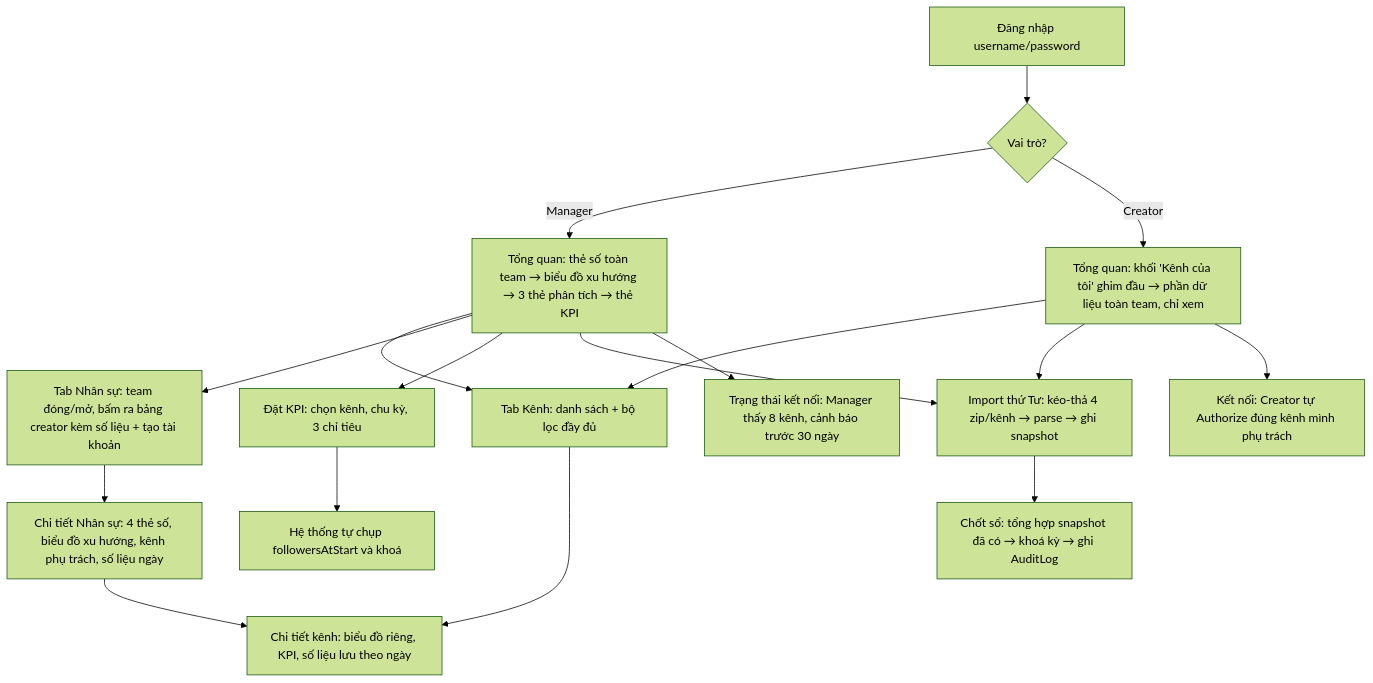
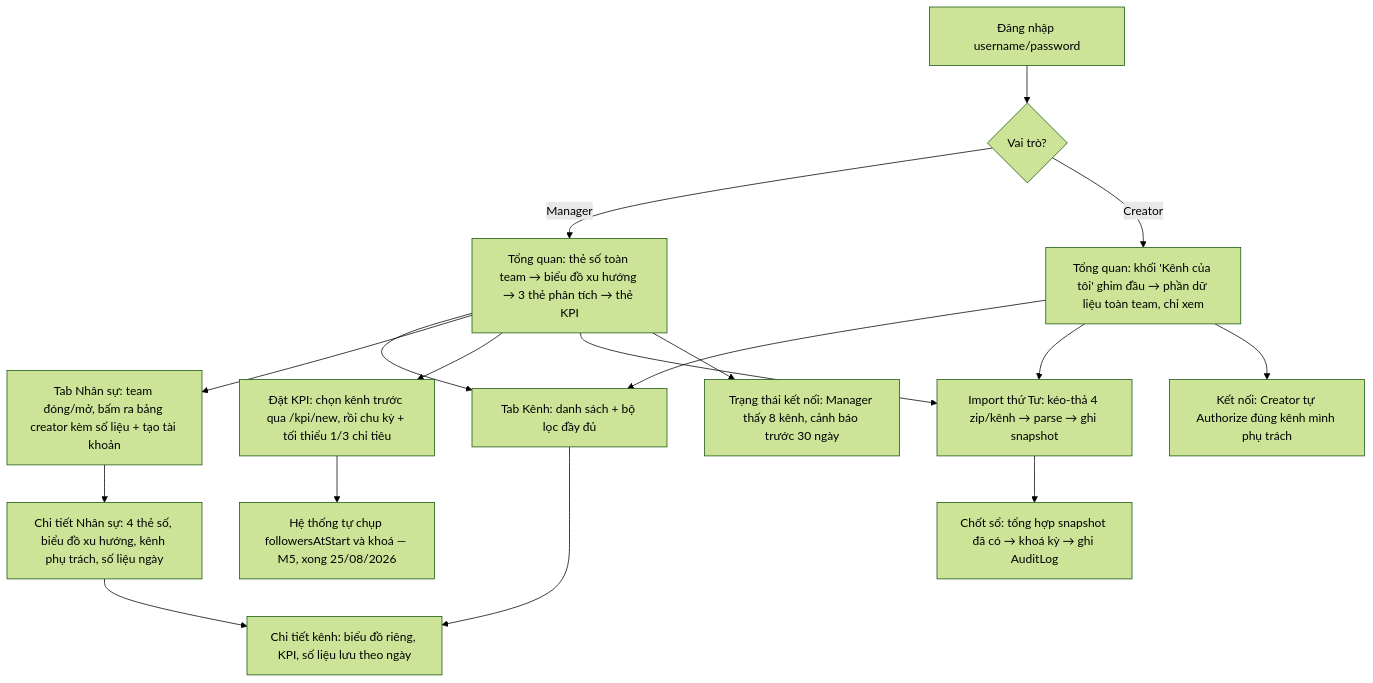
One commit to duytienitptit/ahd-dashboard changed the diagram in docs/USER_FLOW.md. Above: the diagram before and after it, drawn with Mermaid (forest theme). The commit also changed other lines of this file and 33 other files, not shown here.

First line of the commit message:
feat: M5 — KPI Cycle (tạo/sửa/xoá chu kỳ, tiến độ tính server-side)

````diff
--- a/docs/USER_FLOW.md
+++ b/docs/USER_FLOW.md
@@ -7,22 +7,22 @@
 ```mermaid
 flowchart TD
     A[Đăng nhập username/password] --> B{Vai trò?}
 
     B -- Manager --> M1[Tổng quan: thẻ số toàn team → biểu đồ xu hướng → 3 thẻ phân tích → thẻ KPI]
     B -- Creator --> C1[Tổng quan: khối 'Kênh của tôi' ghim đầu → phần dữ liệu toàn team, chỉ xem]
 
     M1 --> M2[Tab Kênh: danh sách + bộ lọc đầy đủ]
     C1 --> M2
     M2 --> M3[Chi tiết kênh: biểu đồ riêng, KPI, số liệu lưu theo ngày]
 
     M1 --> M4[Tab Nhân sự: team đóng/mở, bấm ra bảng creator kèm số liệu + tạo tài khoản]
     M4 --> M4a[Chi tiết Nhân sự: 4 thẻ số, biểu đồ xu hướng, kênh phụ trách, số liệu ngày]
     M4a --> M3
-    M1 --> M5[Đặt KPI: chọn kênh, chu kỳ, 3 chỉ tiêu]
-    M5 --> M6[Hệ thống tự chụp followersAtStart và khoá]
+    M1 --> M5[Đặt KPI: chọn kênh trước qua /kpi/new, rồi chu kỳ + tối thiểu 1/3 chỉ tiêu]
+    M5 --> M6[Hệ thống tự chụp followersAtStart và khoá — M5, xong 25/08/2026]
     M1 --> I1[Import thứ Tư: kéo-thả 4 zip/kênh → parse → ghi snapshot]
     C1 --> I1
     I1 --> M7[Chốt sổ: tổng hợp snapshot đã có → khoá kỳ → ghi AuditLog]
     M1 --> T1[Trạng thái kết nối: Manager thấy 8 kênh, cảnh báo trước 30 ngày]
     C1 --> T2[Kết nối: Creator tự Authorize đúng kênh mình phụ trách]
 ```
````
